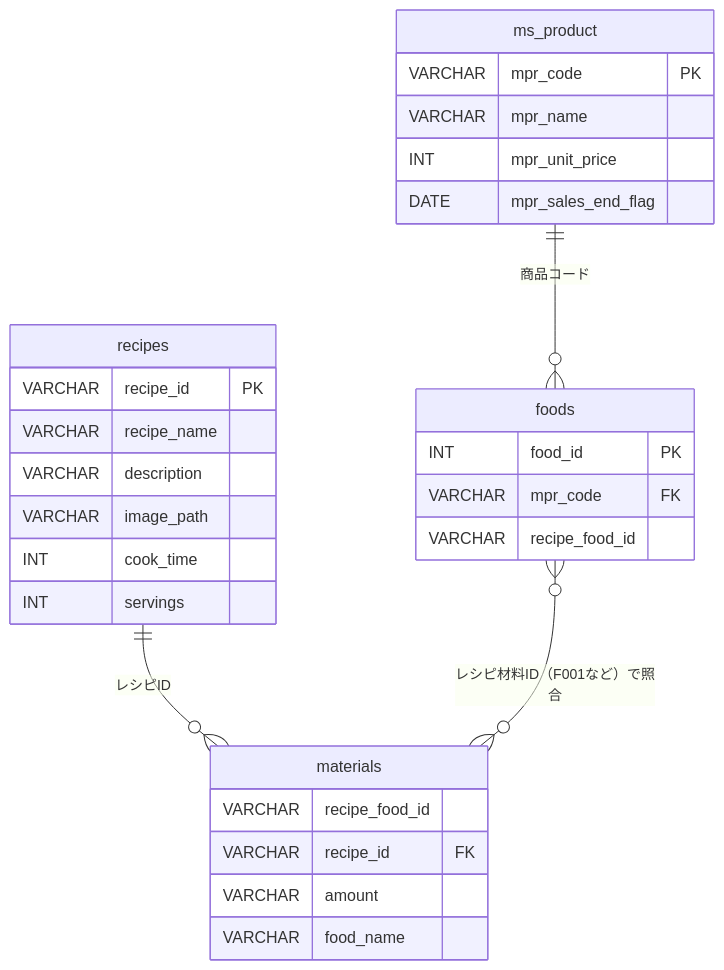
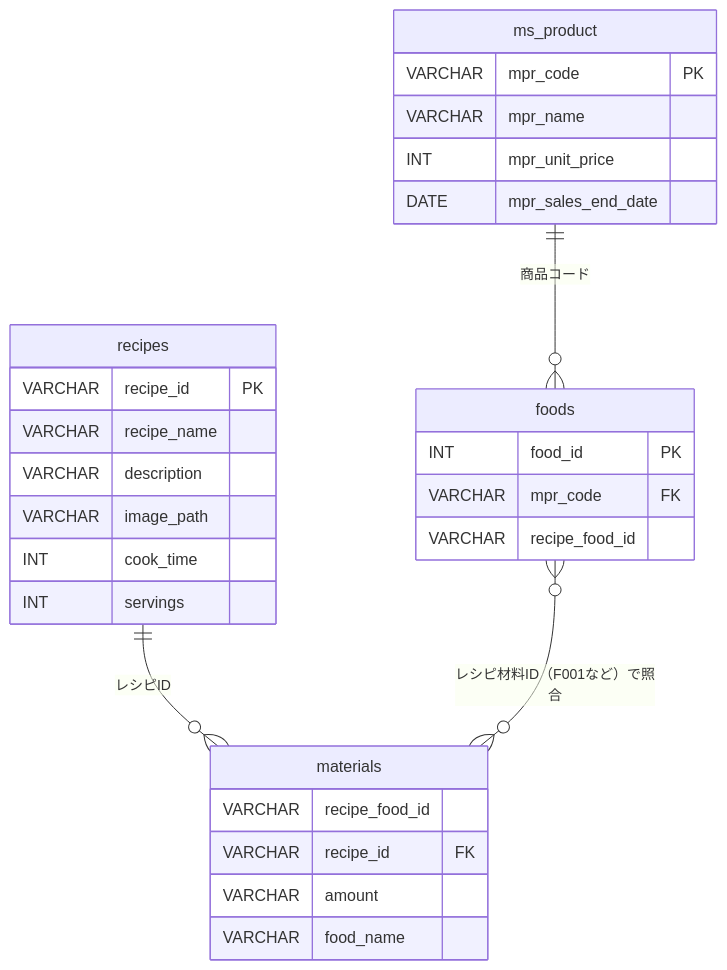
Before and after one commit to imaccho/recipe-db: the fourth of 4 diagrams in docs/仕様書.md, drawn with Mermaid. The commit also changed other lines of this file and 2 other files, not shown here.

First line of the commit message:
販売終了の列名を mpr_sales_end_date に修正

````diff
--- a/docs/仕様書.md
+++ b/docs/仕様書.md
@@ -535,32 +535,32 @@
 ```mermaid
 erDiagram
     ms_product ||--o{ foods : "商品コード"
     recipes ||--o{ materials : "レシピID"
     foods }o--o{ materials : "レシピ材料ID（F001など）で照合"
 
     ms_product {
         VARCHAR mpr_code PK
         VARCHAR mpr_name
         INT mpr_unit_price
-        DATE mpr_sales_end_flag
+        DATE mpr_sales_end_date
     }
     foods {
         INT food_id PK
         VARCHAR mpr_code FK
         VARCHAR recipe_food_id
     }
     recipes {
         VARCHAR recipe_id PK
         VARCHAR recipe_name
         VARCHAR description
         VARCHAR image_path
         INT cook_time
         INT servings
     }
     materials {
         VARCHAR recipe_food_id
         VARCHAR recipe_id FK
         VARCHAR amount
         VARCHAR food_name
     }
 ```
````
